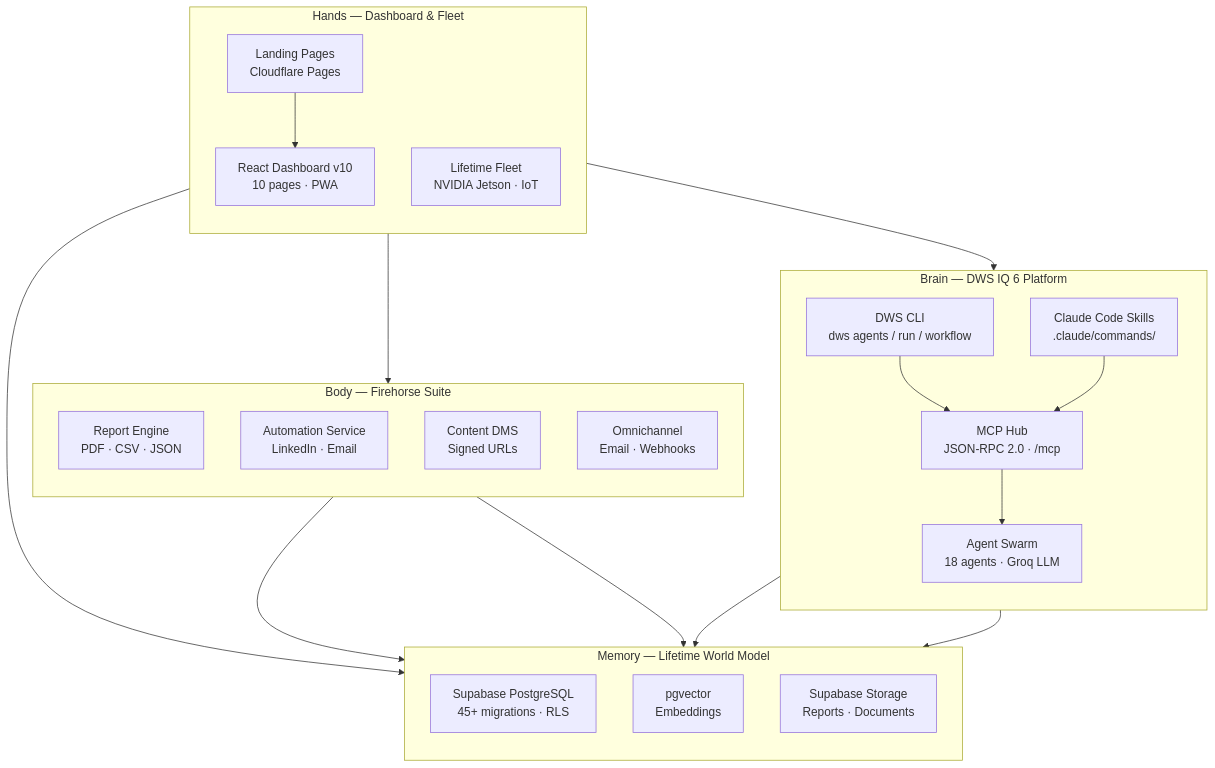
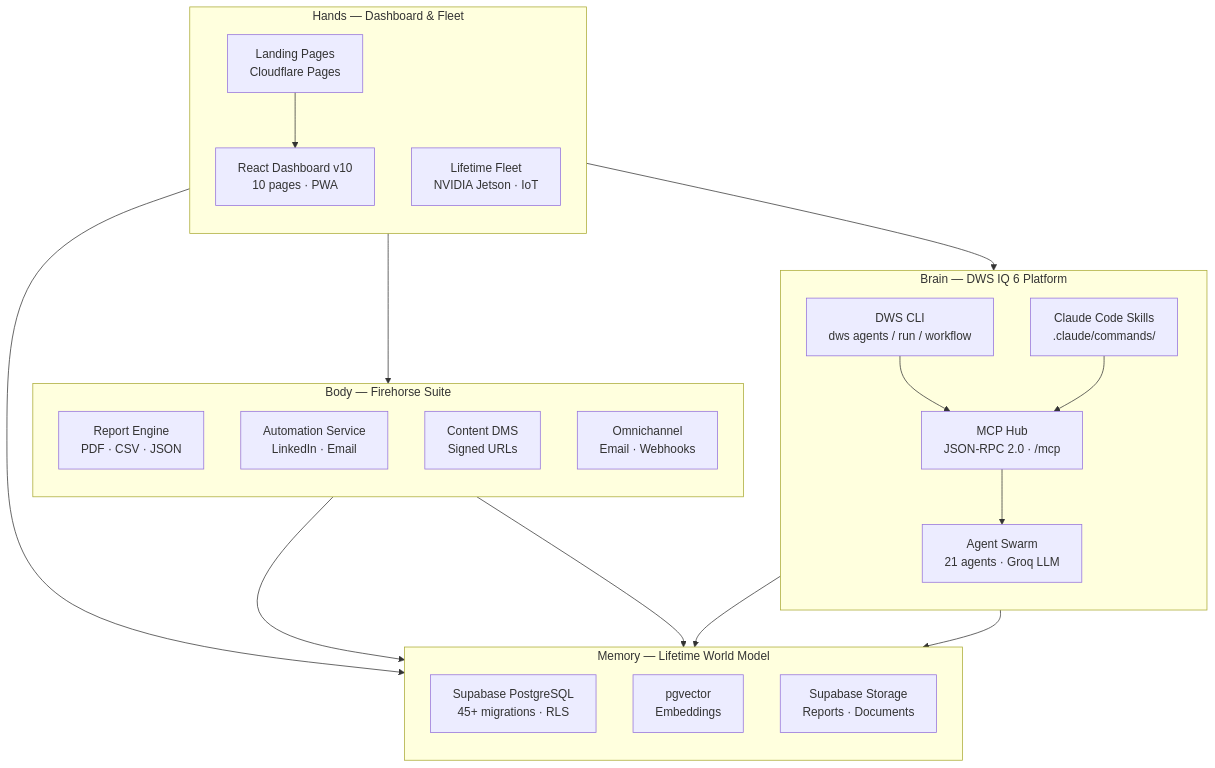
One commit to blogtheristo/opencode-all changed the first of 5 diagrams in docs/MVP_ARCHITECTURE.md. Above: the diagram before and after it, drawn with Mermaid. The commit also changed 101 other files, not shown here.

````diff
--- a/docs/MVP_ARCHITECTURE.md
+++ b/docs/MVP_ARCHITECTURE.md
@@ -11,44 +11,44 @@
 ```mermaid
 graph TB
     subgraph BRAIN["Brain — DWS IQ 6 Platform"]
         direction TB
         CLI["DWS CLI<br/>dws agents / run / workflow"]
         MCP["MCP Hub<br/>JSON-RPC 2.0 · /mcp"]
-        AGENTS["Agent Swarm<br/>18 agents · Groq LLM"]
+        AGENTS["Agent Swarm<br/>21 agents · Groq LLM"]
         SKILLS["Claude Code Skills<br/>.claude/commands/"]
     end
 
     subgraph MEMORY["Memory — Lifetime World Model"]
         direction TB
         SUPABASE["Supabase PostgreSQL<br/>45+ migrations · RLS"]
         PGVEC["pgvector<br/>Embeddings"]
         STORAGE["Supabase Storage<br/>Reports · Documents"]
     end
 
     subgraph BODY["Body — Firehorse Suite"]
         direction TB
         REPORT["Report Engine<br/>PDF · CSV · JSON"]
         AUTOMATION["Automation Service<br/>LinkedIn · Email"]
         DMS["Content DMS<br/>Signed URLs"]
         OMNI["Omnichannel<br/>Email · Webhooks"]
     end
 
     subgraph HANDS["Hands — Dashboard & Fleet"]
         direction TB
         DASHBOARD["React Dashboard v10<br/>10 pages · PWA"]
         LANDING["Landing Pages<br/>Cloudflare Pages"]
         FLEET["Lifetime Fleet<br/>NVIDIA Jetson · IoT"]
     end
 
     CLI --> MCP
     SKILLS --> MCP
     MCP --> AGENTS
     AGENTS --> SUPABASE
     AGENTS --> PGVEC
     REPORT --> STORAGE
     DMS --> STORAGE
     DASHBOARD --> SUPABASE
     DASHBOARD --> REPORT
     DASHBOARD --> AGENTS
     LANDING --> DASHBOARD
 ```
````
